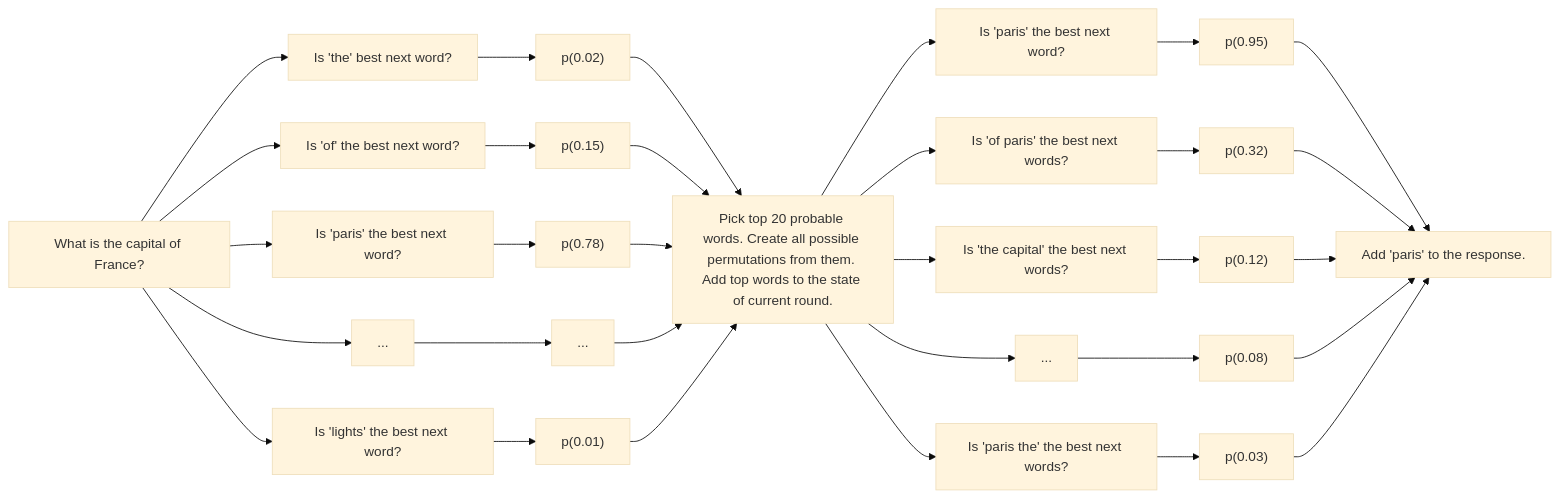
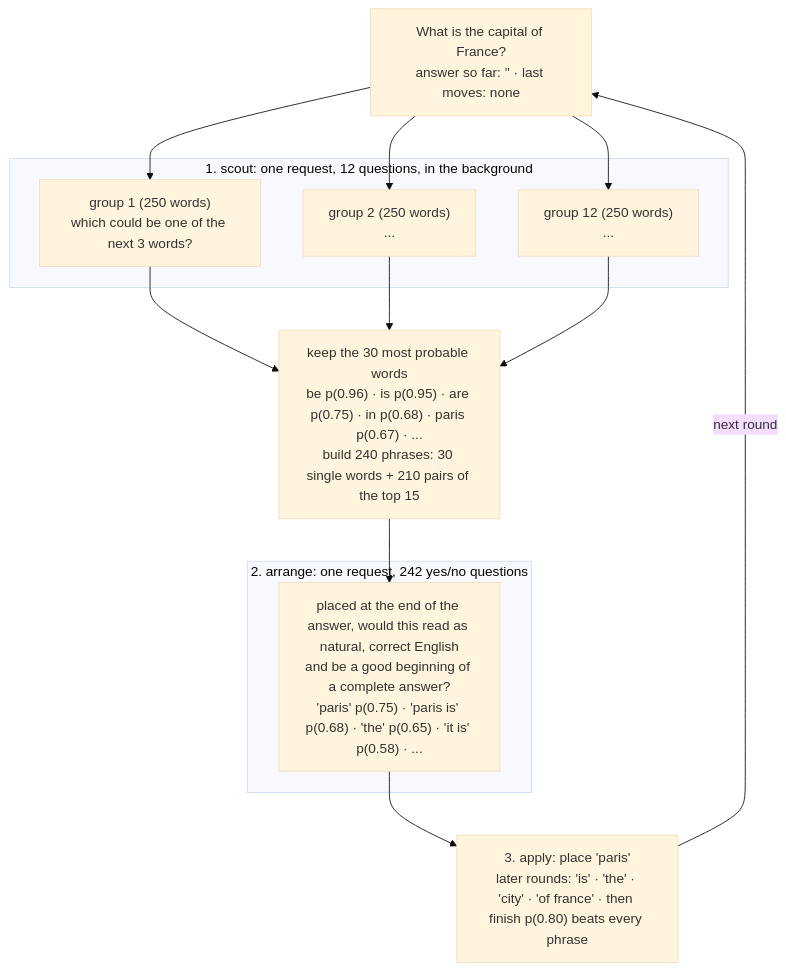
Before and after one commit to zie1ony/jev-talks: the diagram in README.md, drawn with Mermaid (base theme). The commit also changed other lines of this file and 2 other files, not shown here.

````diff
--- a/README.md
+++ b/README.md
@@ -53,65 +72,27 @@
 ```mermaid
-flowchart LR
-    input["What is the capital of France?"]
-    
-    q1["Is 'the' best next word?"]
-    q2["Is 'of' the best next word?"]
-    q3["Is 'paris' the best next word?"]
-    q4[...]
-    q5["Is 'lights' the best next word?"]
-    input --> q1
-    input --> q2
-    input --> q3
-    input --> q4
-    input --> q5
+flowchart TD
+    input["What is the capital of France?<br/>answer so far: '' · last moves: none"]
 
-    p1["p(0.02)"]
-    p2["p(0.15)"]
-    p3["p(0.78)"]
-    p4[...]
-    p5["p(0.01)"]
+    subgraph scout["1. scout: one request, 12 questions, in the background"]
+        g1["group 1 (250 words)<br/>which could be one of the next 3 words?"]
+        g2["group 2 (250 words)<br/>..."]
+        g12["group 12 (250 words)<br/>..."]
+    end
+    input --> g1
+    input --> g2
+    input --> g12
 
-    q1 --> p1
-    q2 --> p2
-    q3 --> p3
-    q4 --> p4
-    q5 --> p5
+    top["keep the 30 most probable words<br/>be p(0.96) · is p(0.95) · are p(0.75) · in p(0.68) · paris p(0.67) · ...<br/>build 240 phrases: 30 single words + 210 pairs of the top 15"]
+    g1 --> top
+    g2 --> top
+    g12 --> top
 
-    top["Pick top 20 probable words. Create all possible permutations from them. Add top words to the state of current round."]
-    p1 --> top
-    p2 --> top
-    p3 --> top
-    p4 --> top
-    p5 --> top
+    subgraph arrange["2. arrange: one request, 242 yes/no questions"]
+        move["placed at the end of the answer, would this read as natural, correct English<br/>and be a good beginning of a complete answer?<br/>'paris' p(0.75) · 'paris is' p(0.68) · 'the' p(0.65) · 'it is' p(0.58) · ..."]
+    end
+    top --> move
 
-    q6["Is 'paris' the best next word?"]
-    q7["Is 'of paris' the best next words?"]
-    q8["Is 'the capital' the best next words?"]
-    q9[...]
-    q10["Is 'paris the' the best next words?"]
-
-    top --> q6
-    top --> q7
-    top --> q8
-    top --> q9
-    top --> q10
-
-    p6["p(0.95)"]
-    p7["p(0.32)"]
-    p8["p(0.12)"]
-    p9["p(0.08)"]
-    p10["p(0.03)"]
-
-    q6 --> p6
-    q7 --> p7
-    q8 --> p8
-    q9 --> p9
-    q10 --> p10
-
-    last["Add 'paris' to the response."]
-    p6 --> last
-    p7 --> last
-    p8 --> last
-    p9 --> last
-    p10 --> last
+    apply["3. apply: place 'paris'<br/>later rounds: 'is' · 'the' · 'city' · 'of france' · then finish p(0.80) beats every phrase"]
+    move --> apply
+    apply -->|next round| input
 ```
````
